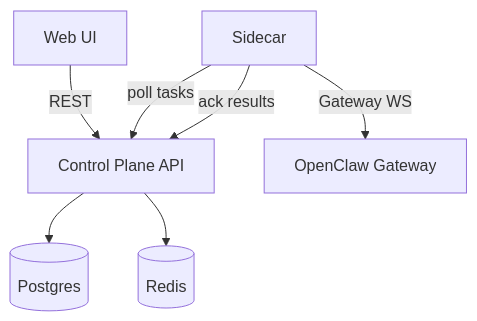
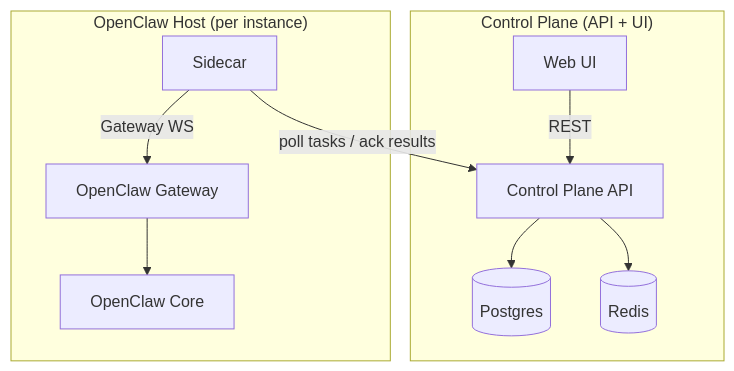
The diagram in README.md (RepeatName-star/openclaw-fleet), drawn with Mermaid before and after one commit. The commit also changed other lines of this file and 1 other file, not shown here.

Commit message:
docs: expand quick start and update architecture diagram

````diff
--- a/README.md
+++ b/README.md
@@ -9,9 +9,17 @@
 ```mermaid
-graph TD
-  UI[Web UI] -->|REST| CP[Control Plane API]
-  CP --> PG[(Postgres)]
-  CP --> R[(Redis)]
-  SC[Sidecar] -->|poll tasks| CP
-  SC -->|ack results| CP
-  SC -->|Gateway WS| GW[OpenClaw Gateway]
+flowchart TB
+  subgraph ControlPlane["Control Plane (API + UI)"]
+    UI[Web UI] -->|REST| API[Control Plane API]
+    API --> PG[(Postgres)]
+    API --> R[(Redis)]
+  end
+
+  subgraph OpenClawHost["OpenClaw Host (per instance)"]
+    SC[Sidecar]
+    GW[OpenClaw Gateway]
+    OC[OpenClaw Core]
+    SC -->|Gateway WS| GW --> OC
+  end
+
+  SC -->|poll tasks / ack results| API
 ```
````
